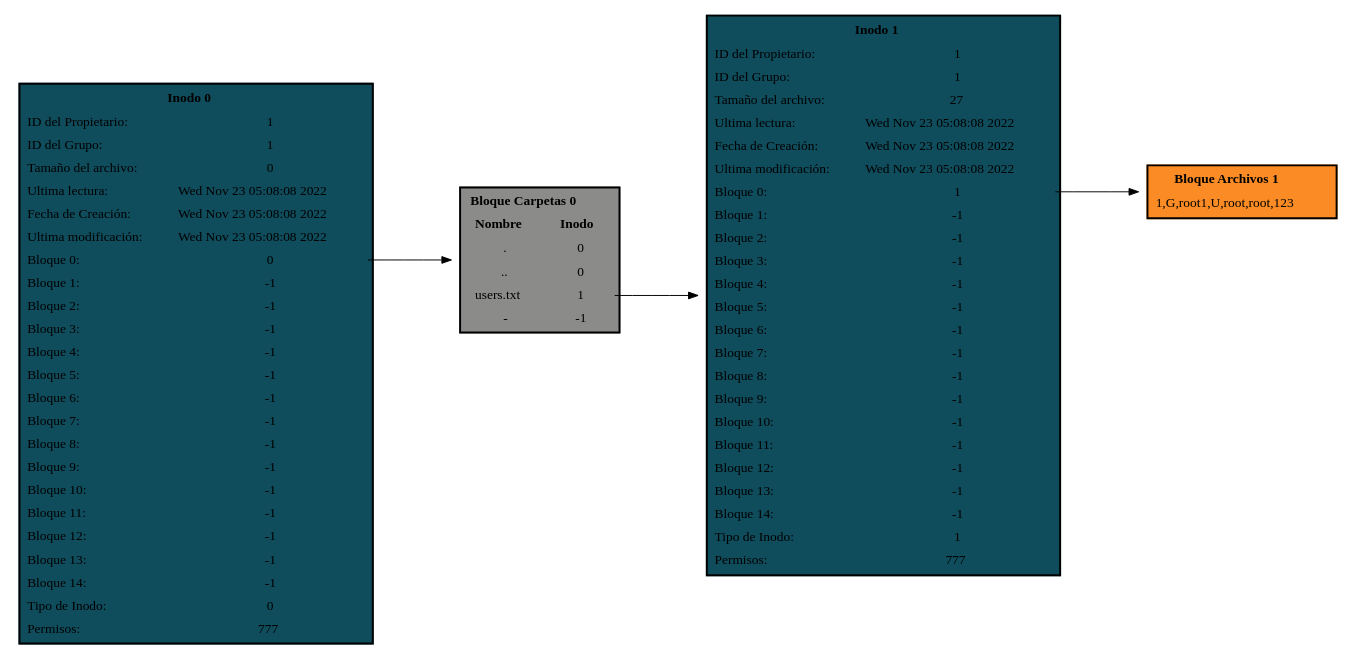
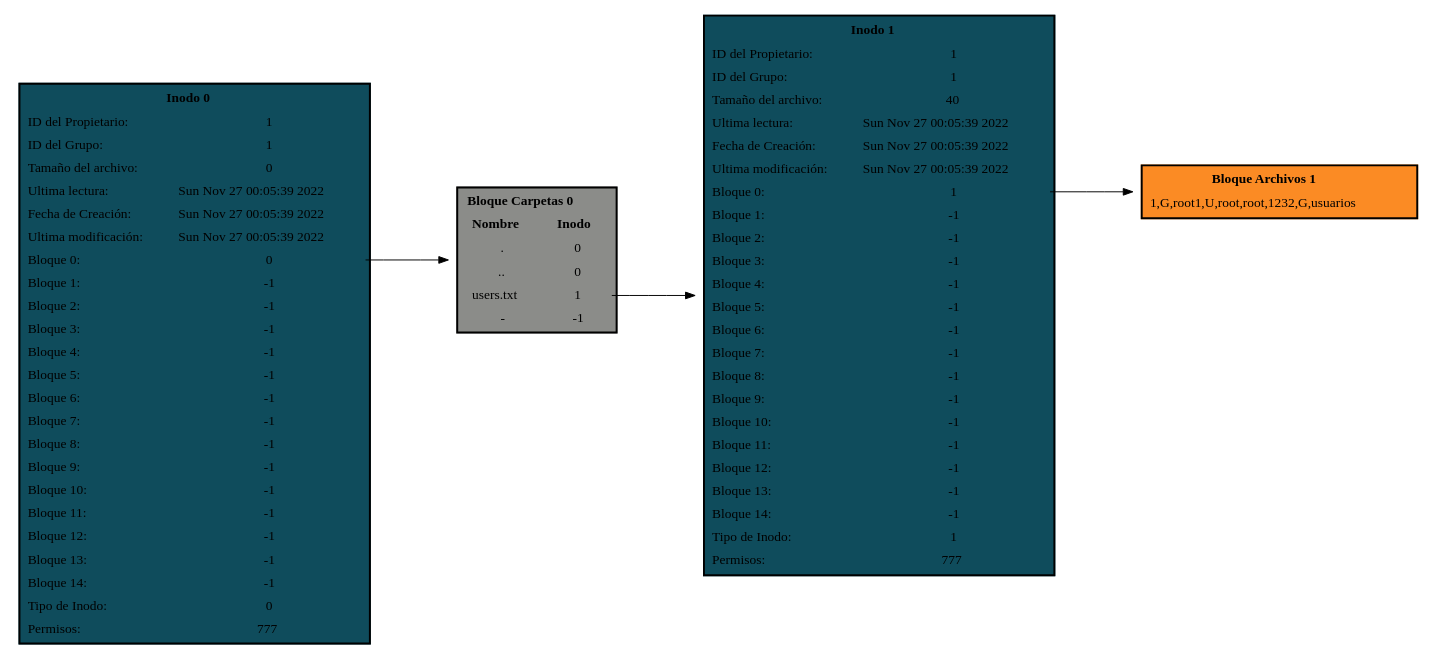
The diagram in grafo.dot (JJONK19/-MIA-P1_201909035), drawn with Graphviz before and after one commit. The commit also changed 10 other files, not shown here.

```diff
--- a/grafo.dot
+++ b/grafo.dot
@@ -1,26 +1,27 @@
 digraph G { 
  rankdir = LR; node[shape = plaintext];
 INODO0[ label = <<TABLE BORDER='2' CELLBORDER='0' CELLSPACING='5' BGCOLOR='#0f4c5c'>
 <TR><TD colspan ='2' ><b>Inodo 0</b></TD></TR>
-<TR><TD Align='left'>ID del Propietario:</TD><TD>1</TD></TR><TR><TD Align='left'>ID del Grupo:</TD><TD>1</TD></TR><TR><TD Align='left'>Tamaño del archivo:</TD><TD>0</TD></TR><TR><TD Align='left'>Ultima lectura:</TD><TD>Wed Nov 23 05:08:08 2022
-</TD></TR><TR><TD Align='left'>Fecha de Creación:</TD><TD>Wed Nov 23 05:08:08 2022
-</TD></TR><TR><TD Align='left'>Ultima modificación:</TD><TD>Wed Nov 23 05:08:08 2022
+<TR><TD Align='left'>ID del Propietario:</TD><TD>1</TD></TR><TR><TD Align='left'>ID del Grupo:</TD><TD>1</TD></TR><TR><TD Align='left'>Tamaño del archivo:</TD><TD>0</TD></TR><TR><TD Align='left'>Ultima lectura:</TD><TD>Sun Nov 27 00:05:39 2022
+</TD></TR><TR><TD Align='left'>Fecha de Creación:</TD><TD>Sun Nov 27 00:05:39 2022
+</TD></TR><TR><TD Align='left'>Ultima modificación:</TD><TD>Sun Nov 27 00:05:39 2022
 </TD></TR><TR><TD Align='left'>Bloque 0:</TD><TD PORT='P0'>0</TD></TR><TR><TD Align='left'>Bloque 1:</TD><TD PORT='P1'>-1</TD></TR><TR><TD Align='left'>Bloque 2:</TD><TD PORT='P2'>-1</TD></TR><TR><TD Align='left'>Bloque 3:</TD><TD PORT='P3'>-1</TD></TR><TR><TD Align='left'>Bloque 4:</TD><TD PORT='P4'>-1</TD></TR><TR><TD Align='left'>Bloque 5:</TD><TD PORT='P5'>-1</TD></TR><TR><TD Align='left'>Bloque 6:</TD><TD PORT='P6'>-1</TD></TR><TR><TD Align='left'>Bloque 7:</TD><TD PORT='P7'>-1</TD></TR><TR><TD Align='left'>Bloque 8:</TD><TD PORT='P8'>-1</TD></TR><TR><TD Align='left'>Bloque 9:</TD><TD PORT='P9'>-1</TD></TR><TR><TD Align='left'>Bloque 10:</TD><TD PORT='P10'>-1</TD></TR><TR><TD Align='left'>Bloque 11:</TD><TD PORT='P11'>-1</TD></TR><TR><TD Align='left'>Bloque 12:</TD><TD PORT='P12'>-1</TD></TR><TR><TD Align='left'>Bloque 13:</TD><TD PORT='P13'>-1</TD></TR><TR><TD Align='left'>Bloque 14:</TD><TD PORT='P14'>-1</TD></TR><TR><TD Align='left'>Tipo de Inodo:</TD><TD>0</TD></TR><TR><TD Align='left'>Permisos:</TD><TD>777</TD></TR></TABLE>>];
 BLOQUE0[ label = <<TABLE BORDER='2' CELLBORDER='0' CELLSPACING='5' BGCOLOR='#8b8c89'>
 <TR><TD colspan ='2' ><b>Bloque Carpetas 0</b></TD></TR>
 <TR><TD><b>Nombre</b></TD><TD><b>Inodo</b></TD></TR><TR><TD>.</TD><TD PORT='P0'>0</TD></TR><TR><TD>..</TD><TD PORT='P1'>0</TD></TR><TR><TD>users.txt</TD><TD PORT='P2'>1</TD></TR><TR><TD>-</TD><TD PORT='P3'>-1</TD></TR></TABLE>>];
 INODO0:P0->BLOQUE0[minlen = 2];
 INODO1[ label = <<TABLE BORDER='2' CELLBORDER='0' CELLSPACING='5' BGCOLOR='#0f4c5c'>
 <TR><TD colspan ='2' ><b>Inodo 1</b></TD></TR>
-<TR><TD Align='left'>ID del Propietario:</TD><TD>1</TD></TR><TR><TD Align='left'>ID del Grupo:</TD><TD>1</TD></TR><TR><TD Align='left'>Tamaño del archivo:</TD><TD>27</TD></TR><TR><TD Align='left'>Ultima lectura:</TD><TD>Wed Nov 23 05:08:08 2022
-</TD></TR><TR><TD Align='left'>Fecha de Creación:</TD><TD>Wed Nov 23 05:08:08 2022
-</TD></TR><TR><TD Align='left'>Ultima modificación:</TD><TD>Wed Nov 23 05:08:08 2022
+<TR><TD Align='left'>ID del Propietario:</TD><TD>1</TD></TR><TR><TD Align='left'>ID del Grupo:</TD><TD>1</TD></TR><TR><TD Align='left'>Tamaño del archivo:</TD><TD>40</TD></TR><TR><TD Align='left'>Ultima lectura:</TD><TD>Sun Nov 27 00:05:39 2022
+</TD></TR><TR><TD Align='left'>Fecha de Creación:</TD><TD>Sun Nov 27 00:05:39 2022
+</TD></TR><TR><TD Align='left'>Ultima modificación:</TD><TD>Sun Nov 27 00:05:39 2022
 </TD></TR><TR><TD Align='left'>Bloque 0:</TD><TD PORT='P0'>1</TD></TR><TR><TD Align='left'>Bloque 1:</TD><TD PORT='P1'>-1</TD></TR><TR><TD Align='left'>Bloque 2:</TD><TD PORT='P2'>-1</TD></TR><TR><TD Align='left'>Bloque 3:</TD><TD PORT='P3'>-1</TD></TR><TR><TD Align='left'>Bloque 4:</TD><TD PORT='P4'>-1</TD></TR><TR><TD Align='left'>Bloque 5:</TD><TD PORT='P5'>-1</TD></TR><TR><TD Align='left'>Bloque 6:</TD><TD PORT='P6'>-1</TD></TR><TR><TD Align='left'>Bloque 7:</TD><TD PORT='P7'>-1</TD></TR><TR><TD Align='left'>Bloque 8:</TD><TD PORT='P8'>-1</TD></TR><TR><TD Align='left'>Bloque 9:</TD><TD PORT='P9'>-1</TD></TR><TR><TD Align='left'>Bloque 10:</TD><TD PORT='P10'>-1</TD></TR><TR><TD Align='left'>Bloque 11:</TD><TD PORT='P11'>-1</TD></TR><TR><TD Align='left'>Bloque 12:</TD><TD PORT='P12'>-1</TD></TR><TR><TD Align='left'>Bloque 13:</TD><TD PORT='P13'>-1</TD></TR><TR><TD Align='left'>Bloque 14:</TD><TD PORT='P14'>-1</TD></TR><TR><TD Align='left'>Tipo de Inodo:</TD><TD>1</TD></TR><TR><TD Align='left'>Permisos:</TD><TD>777</TD></TR></TABLE>>];
 BLOQUE0:P2->INODO1[minlen = 2];
 BLOQUE1[ label = <<TABLE BORDER='2' CELLBORDER='0' CELLSPACING='5' BGCOLOR='#fb8b24'>
 <TR><TD><b>Bloque Archivos 1</b></TD></TR>
 <TR><TD>1,G,root
 1,U,root,root,123
+2,G,usuarios
 </TD></TR></TABLE>>];
 INODO1:P0->BLOQUE1[minlen = 2];
 }
```
